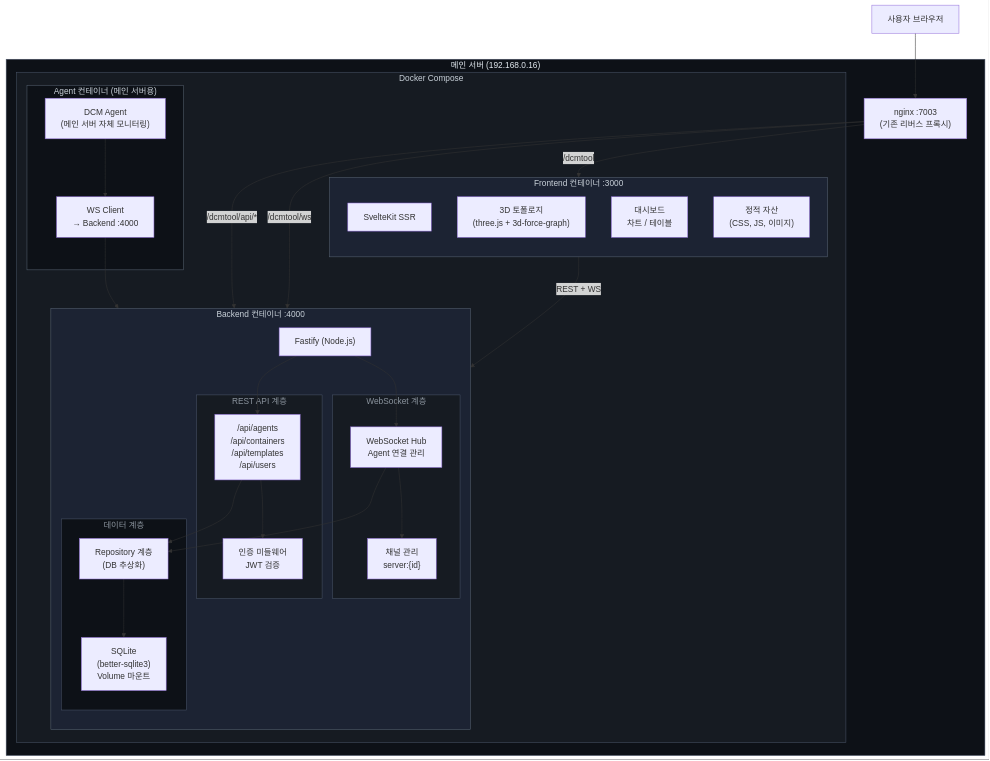
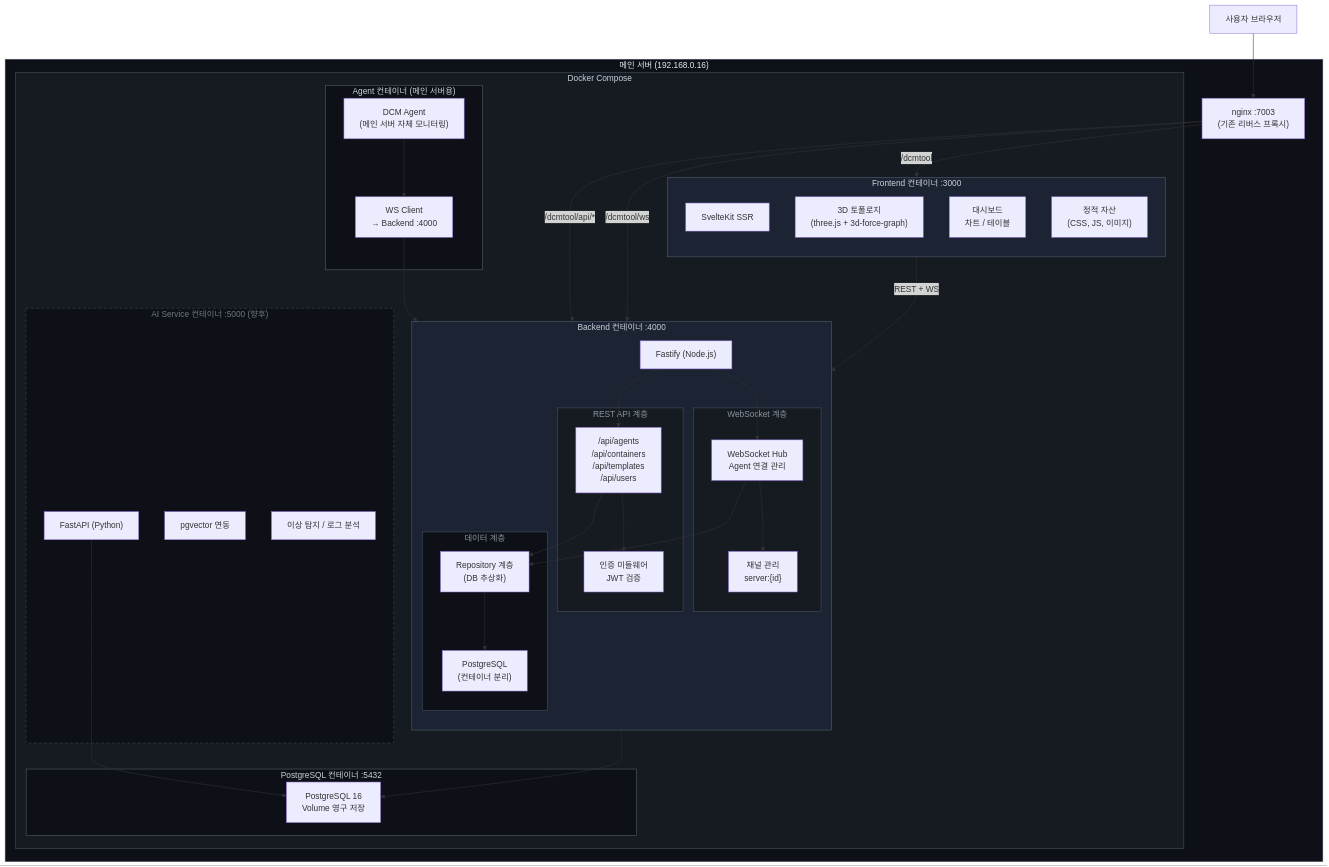
One commit to qkr7287/HyperCube changed the third of 12 diagrams in docs/to-be-architecture.md. Above: the diagram before and after it, drawn with Mermaid. The commit also changed other lines of this file, not shown here.

First line of the commit message:
docs: switch to PostgreSQL, add AI Service architecture

````diff
--- a/docs/to-be-architecture.md
+++ b/docs/to-be-architecture.md
@@ -176,66 +176,80 @@
 ```mermaid
 graph TB
     subgraph MainServer["메인 서버 (192.168.0.16)"]
         Nginx["nginx :7003<br/>(기존 리버스 프록시)"]
 
         subgraph Docker["Docker Compose"]
             subgraph FE["Frontend 컨테이너 :3000"]
                 direction TB
                 SSR["SvelteKit SSR"]
                 ThreeJS["3D 토폴로지<br/>(three.js + 3d-force-graph)"]
                 Charts["대시보드<br/>차트 / 테이블"]
                 StaticAssets["정적 자산<br/>(CSS, JS, 이미지)"]
             end
 
             subgraph BE["Backend 컨테이너 :4000"]
                 direction TB
                 FastifyServer["Fastify (Node.js)"]
 
                 subgraph API["REST API 계층"]
                     Routes["/api/agents<br/>/api/containers<br/>/api/templates<br/>/api/users"]
                     AuthMiddleware["인증 미들웨어<br/>JWT 검증"]
                 end
 
                 subgraph WS["WebSocket 계층"]
                     Hub["WebSocket Hub<br/>Agent 연결 관리"]
                     Channels["채널 관리<br/>server:{id}"]
                 end
 
                 subgraph Data["데이터 계층"]
                     Repo["Repository 계층<br/>(DB 추상화)"]
-                    DB["SQLite<br/>(better-sqlite3)<br/>Volume 마운트"]
+                    DB["PostgreSQL<br/>(컨테이너 분리)"]
                 end
 
                 FastifyServer --> Routes
                 FastifyServer --> Hub
                 Routes --> AuthMiddleware
                 Routes --> Repo
                 Hub --> Channels
                 Hub --> Repo
                 Repo --> DB
             end
 
+            subgraph PgContainer["PostgreSQL 컨테이너 :5432"]
+                PgDB2["PostgreSQL 16<br/>Volume 영구 저장"]
+            end
+
             subgraph AgentLocal["Agent 컨테이너 (메인 서버용)"]
                 AgentProcess["DCM Agent<br/>(메인 서버 자체 모니터링)"]
                 AgentWS["WS Client<br/>→ Backend :4000"]
+            end
+
+            subgraph AIContainer["AI Service 컨테이너 :5000 (향후)"]
+                FastAPI["FastAPI (Python)"]
+                VectorDB["pgvector 연동"]
+                MLModels["이상 탐지 / 로그 분석"]
             end
         end
 
         Nginx -->|"/dcmtool"| SSR
         Nginx -->|"/dcmtool/api/*"| FastifyServer
         Nginx -->|"/dcmtool/ws"| Hub
     end
 
     Browser["사용자 브라우저"] --> Nginx
     SSR -->|"REST + WS"| FastifyServer
     AgentProcess --> AgentWS --> Hub
+    Repo --> PgDB2
+    FastAPI --> PgDB2
 
     style MainServer fill:#0d1117,stroke:#4a5568,color:#e6edf3
     style Docker fill:#161b22,stroke:#4a5568,color:#c9d1d9
     style FE fill:#1c2333,stroke:#586474,color:#c9d1d9
     style BE fill:#1c2333,stroke:#586474,color:#c9d1d9
     style API fill:#161b22,stroke:#4a5568,color:#8b949e
     style WS fill:#161b22,stroke:#4a5568,color:#8b949e
     style Data fill:#0d1117,stroke:#4a5568,color:#8b949e
     style AgentLocal fill:#0d1117,stroke:#586474,color:#c9d1d9
+    style PgContainer fill:#0d1117,stroke:#586474,color:#c9d1d9
+    style AIContainer fill:#0d1117,stroke:#3d4f5f,color:#6e7681,stroke-dasharray: 5 5
 ```
````
